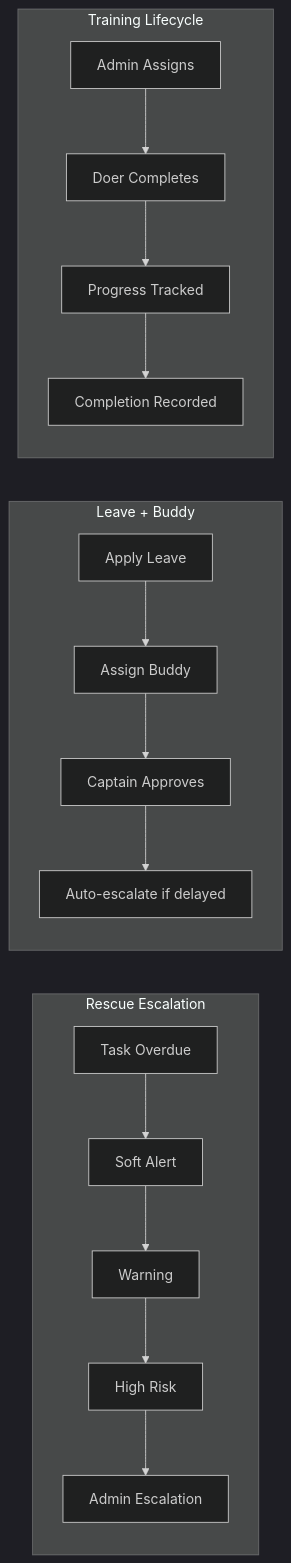
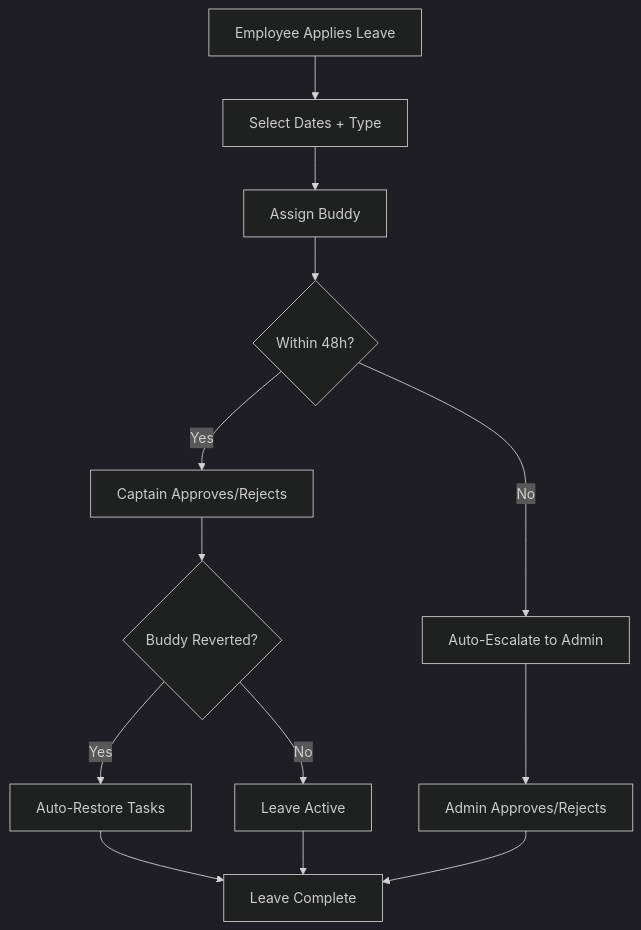
Before and after one commit to bhaveshsoni890201/OptiFlow_OS_Prototype: the seventh of 10 diagrams in README.md, drawn with Mermaid (dark theme). The commit also changed other lines of this file, not shown here.

Commit message:
docs: comprehensive README rewrite with Mermaid diagrams, 29 screenshot gallery, full workflow documentation

````diff
--- a/README.md
+++ b/README.md
@@ -178,21 +408,15 @@
 ```mermaid
-graph LR
-    subgraph Rescue["Rescue Escalation"]
-        A1[Task Overdue] --> B1[Soft Alert]
-        B1 --> C1[Warning]
-        C1 --> D1[High Risk]
-        D1 --> E1[Admin Escalation]
-    end
-
-    subgraph Leave["Leave + Buddy"]
-        A2[Apply Leave] --> B2[Assign Buddy]
-        B2 --> C2[Captain Approves]
-        C2 --> D2[Auto-escalate if delayed]
-    end
-
-    subgraph Training["Training Lifecycle"]
-        A3[Admin Assigns] --> B3[Doer Completes]
-        B3 --> C3[Progress Tracked]
-        C3 --> D3[Completion Recorded]
-    end
+graph TD
+    A[Employee Applies Leave] --> B[Select Dates + Type]
+    B --> C[Assign Buddy]
+    C --> D{Within 48h?}
+    D -->|Yes| E[Captain Approves/Rejects]
+    D -->|No| F[Auto-Escalate to Admin]
+    E --> G{Buddy Reverted?}
+    G -->|Yes| H[Auto-Restore Tasks]
+    G -->|No| I[Leave Active]
+    F --> J[Admin Approves/Rejects]
+    H --> K[Leave Complete]
+    I --> K
+    J --> K
 ```
````
